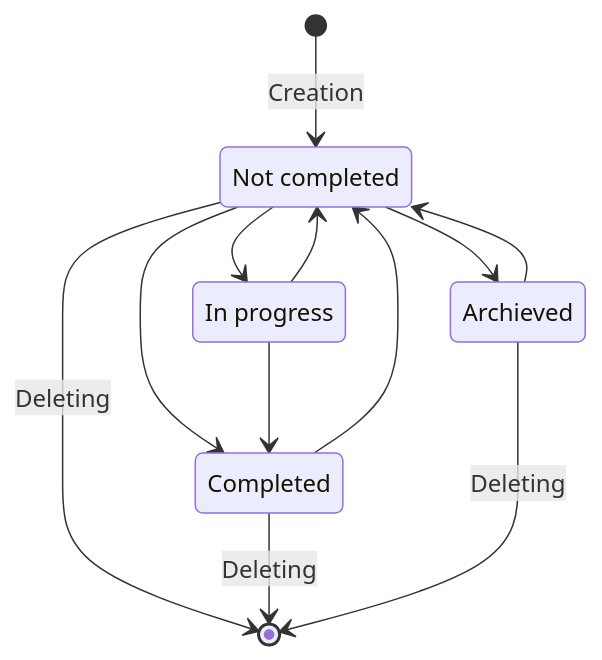
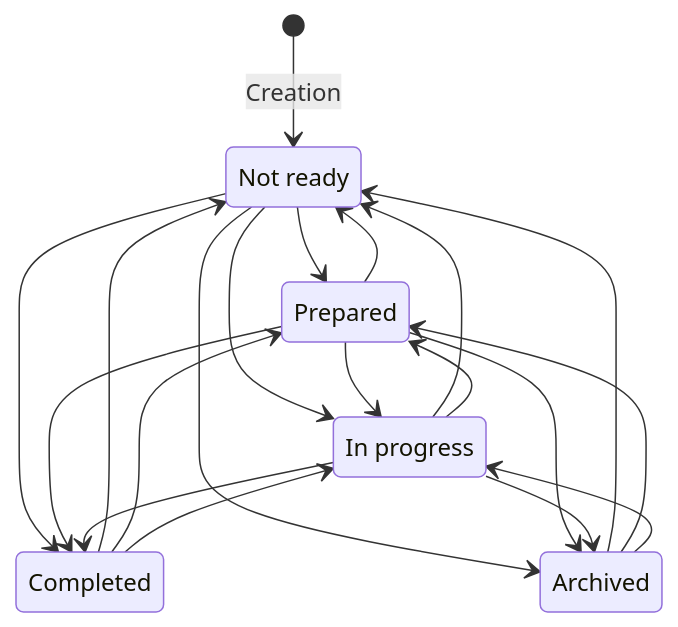
Before and after one commit to Kibnet/Unlimotion: the diagram in README.md, drawn with Mermaid. The commit also changed other lines of this file and 53 other files, not shown here.

````diff
--- a/README.md
+++ b/README.md
@@ -39,18 +43,27 @@
 ```mermaid
 stateDiagram-v2
-    uncomplited: Not completed
-    inprogress: In progress
-    archieved: Archieved
+    notReady: Not ready
+    prepared: Prepared
+    inProgress: In progress
     completed: Completed
-    [*] --> uncomplited: Creation
-    uncomplited --> [*]: Deleting
-    completed--> [*]: Deleting
-    archieved --> [*]: Deleting
-    uncomplited --> completed
-    uncomplited --> archieved
-    uncomplited --> inprogress
-    inprogress --> uncomplited
-    inprogress --> completed
-    completed --> uncomplited
-    archieved --> uncomplited
+    archived: Archived
+    [*] --> notReady: Creation
+    notReady --> prepared
+    notReady --> inProgress
+    notReady --> completed
+    notReady --> archived
+    prepared --> notReady
+    prepared --> inProgress
+    prepared --> completed
+    prepared --> archived
+    inProgress --> notReady
+    inProgress --> prepared
+    inProgress --> completed
+    inProgress --> archived
+    archived --> notReady
+    archived --> prepared
+    archived --> inProgress
+    completed --> notReady
+    completed --> prepared
+    completed --> inProgress
 ```
````
